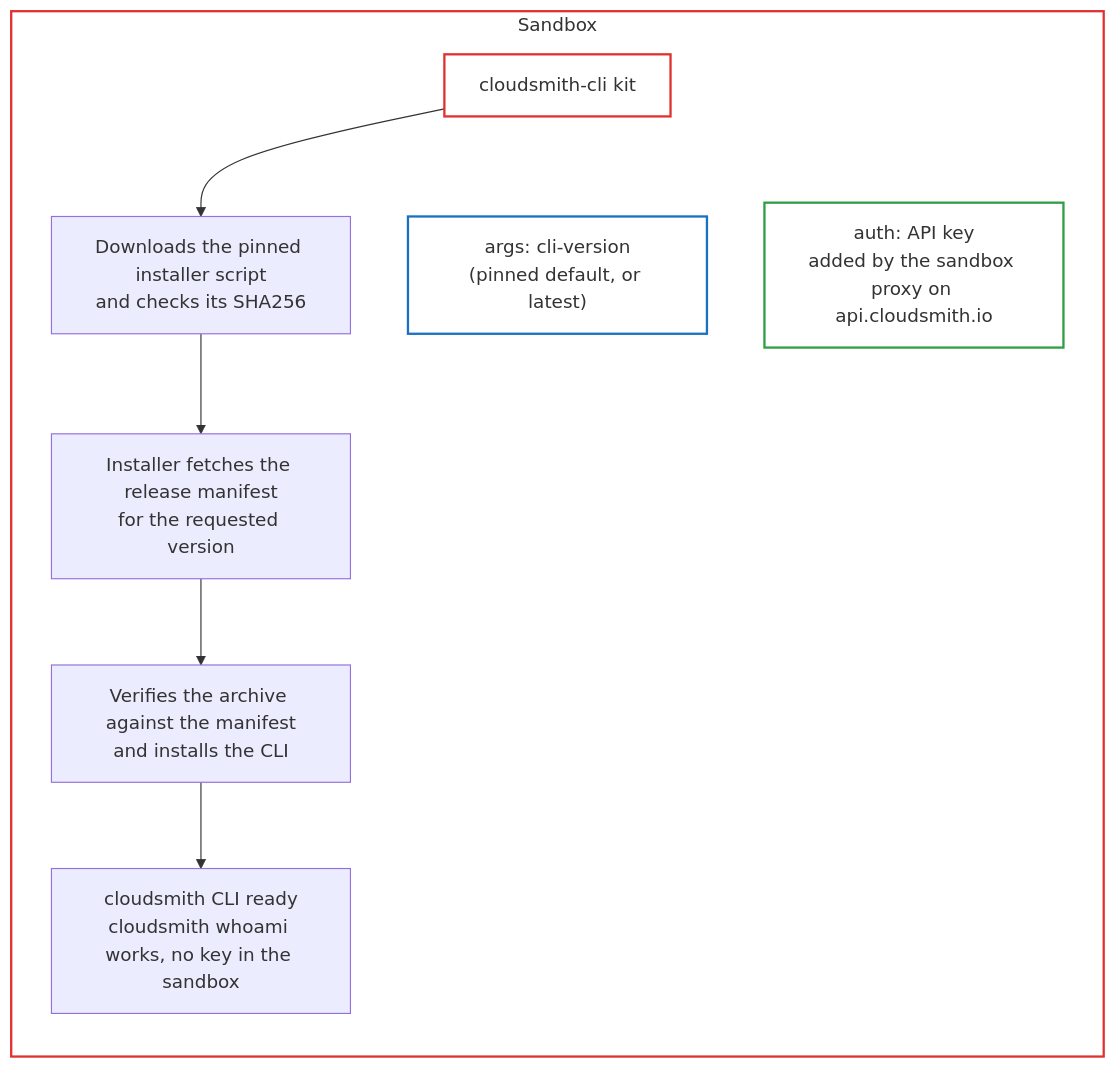
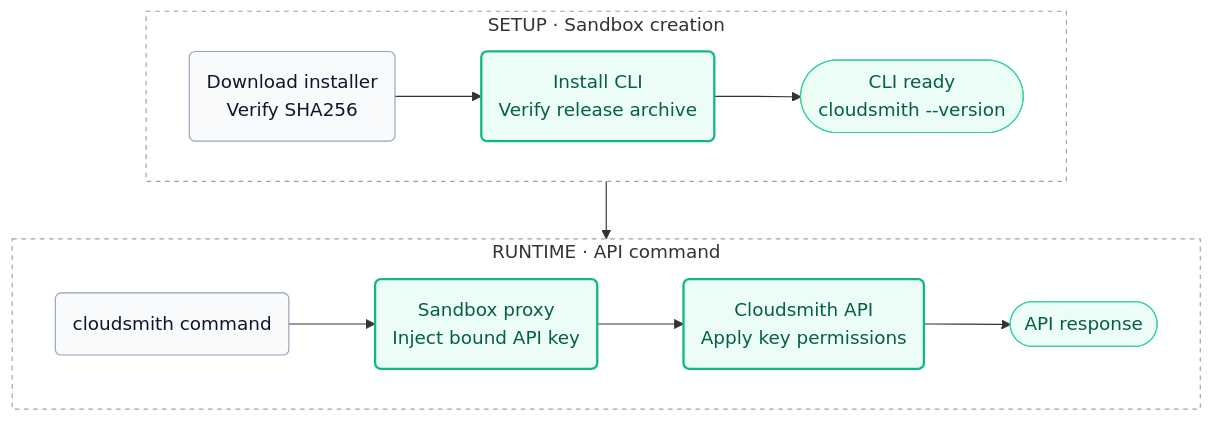
Before and after one commit to BartoszBlizniak/sbx-kits-contrib: the diagram in cloudsmith-cli/README.md, drawn with Mermaid. The commit also changed other lines of this file and 2 other files, not shown here.

Commit message:
docs(cloudsmith): clarify usage and simplify kit diagrams

````diff
--- a/cloudsmith-cli/README.md
+++ b/cloudsmith-cli/README.md
@@ -44,20 +54,30 @@
 ```mermaid
 flowchart TB
-    subgraph sandbox["Sandbox"]
-        direction TB
-        kit["cloudsmith-cli kit"]
-        args["args: cli-version<br/>(pinned default, or latest)"]
-        auth["auth: API key<br/>added by the sandbox proxy on api.cloudsmith.io"]
-        s1["Downloads the pinned installer script<br/>and checks its SHA256"]
-        s2["Installer fetches the release manifest<br/>for the requested version"]
-        s3["Verifies the archive against the manifest<br/>and installs the CLI"]
-        s4["cloudsmith CLI ready<br/>cloudsmith whoami works, no key in the sandbox"]
-        kit --> s1 --> s2 --> s3 --> s4
-        kit ~~~ args
-        kit ~~~ auth
+    subgraph SETUP["SETUP · Sandbox creation"]
+        direction LR
+        FETCH("Download installer<br/>Verify SHA256")
+        INSTALL("Install CLI<br/>Verify release archive")
+        READY(["CLI ready<br/>cloudsmith --version"])
+        FETCH --> INSTALL --> READY
     end
-    style sandbox stroke:#e03131,stroke-width:2px,fill:#ffffff
-    style kit stroke:#e03131,stroke-width:2px,fill:#ffffff
-    style args stroke:#1971c2,stroke-width:2px,fill:#ffffff
-    style auth stroke:#2f9e44,stroke-width:2px,fill:#ffffff
+
+    subgraph REQUEST["RUNTIME · API command"]
+        direction LR
+        CLI("cloudsmith command")
+        PROXY("Sandbox proxy<br/>Inject bound API key")
+        API("Cloudsmith API<br/>Apply key permissions")
+        RESULT(["API response"])
+        CLI --> PROXY --> API --> RESULT
+    end
+
+    SETUP --> REQUEST
+
+    classDef neutral fill:#f8fafc,stroke:#94a3b8,color:#0f172a;
+    classDef accent fill:#ecfdf5,stroke:#10b981,color:#065f46,stroke-width:2px;
+    classDef success fill:#ecfdf5,stroke:#34d399,color:#065f46;
+    class FETCH,CLI neutral;
+    class INSTALL,PROXY,API accent;
+    class READY,RESULT success;
+    style SETUP fill:transparent,stroke:#94a3b8,stroke-dasharray:4 4
+    style REQUEST fill:transparent,stroke:#94a3b8,stroke-dasharray:4 4
 ```
````
